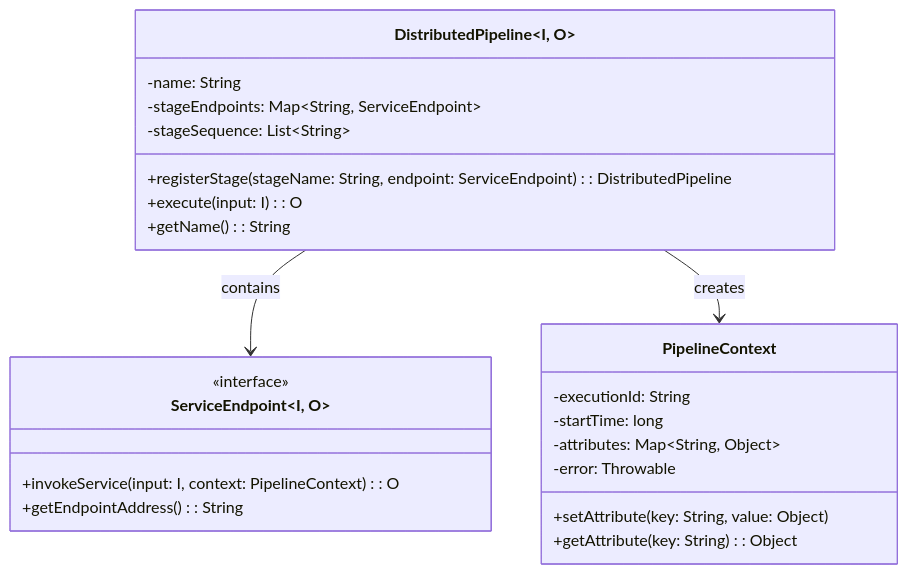
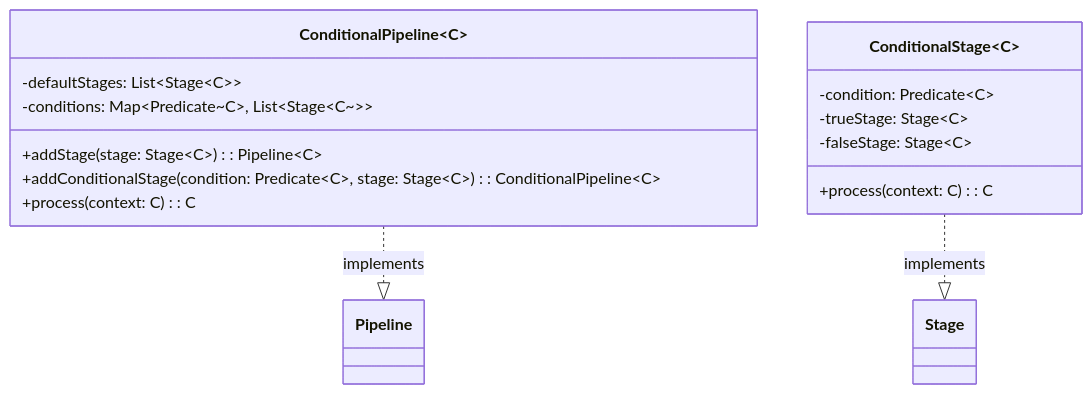
Before and after one commit to scimbe/VS_Pattern_By_KI: the fifth of 11 diagrams in Pipeline/docs/README.md, drawn with Mermaid. The commit also changed other lines of this file and 19 other files, not shown here.

````diff
--- a/Pipeline/docs/README.md
+++ b/Pipeline/docs/README.md
@@ -188,29 +154,20 @@
 ```mermaid
 classDiagram
-    class DistributedPipeline~I, O~ {
-        -name: String
-        -stageEndpoints: Map~String, ServiceEndpoint~
-        -stageSequence: List~String~
-        +registerStage(stageName: String, endpoint: ServiceEndpoint): DistributedPipeline
-        +execute(input: I): O
-        +getName(): String
+    class ConditionalPipeline~C~ {
+        -defaultStages: List~Stage~C~~
+        -conditions: Map~Predicate~C~, List~Stage~C~~~
+        +addStage(stage: Stage~C~): Pipeline~C~
+        +addConditionalStage(condition: Predicate~C~, stage: Stage~C~): ConditionalPipeline~C~
+        +process(context: C): C
     }
 
-    class ServiceEndpoint~I, O~ {
-        <<interface>>
-        +invokeService(input: I, context: PipelineContext): O
-        +getEndpointAddress(): String
-    }
-
-    class PipelineContext {
-        -executionId: String
-        -startTime: long
-        -attributes: Map~String, Object~
-        -error: Throwable
-        +setAttribute(key: String, value: Object)
-        +getAttribute(key: String): Object
+    class ConditionalStage~C~ {
+        -condition: Predicate~C~
+        -trueStage: Stage~C~
+        -falseStage: Stage~C~
+        +process(context: C): C
     }
     
-    DistributedPipeline --> ServiceEndpoint : contains
-    DistributedPipeline --> PipelineContext : creates
+    ConditionalPipeline ..|> Pipeline : implements
+    ConditionalStage ..|> Stage : implements
 ```
````
